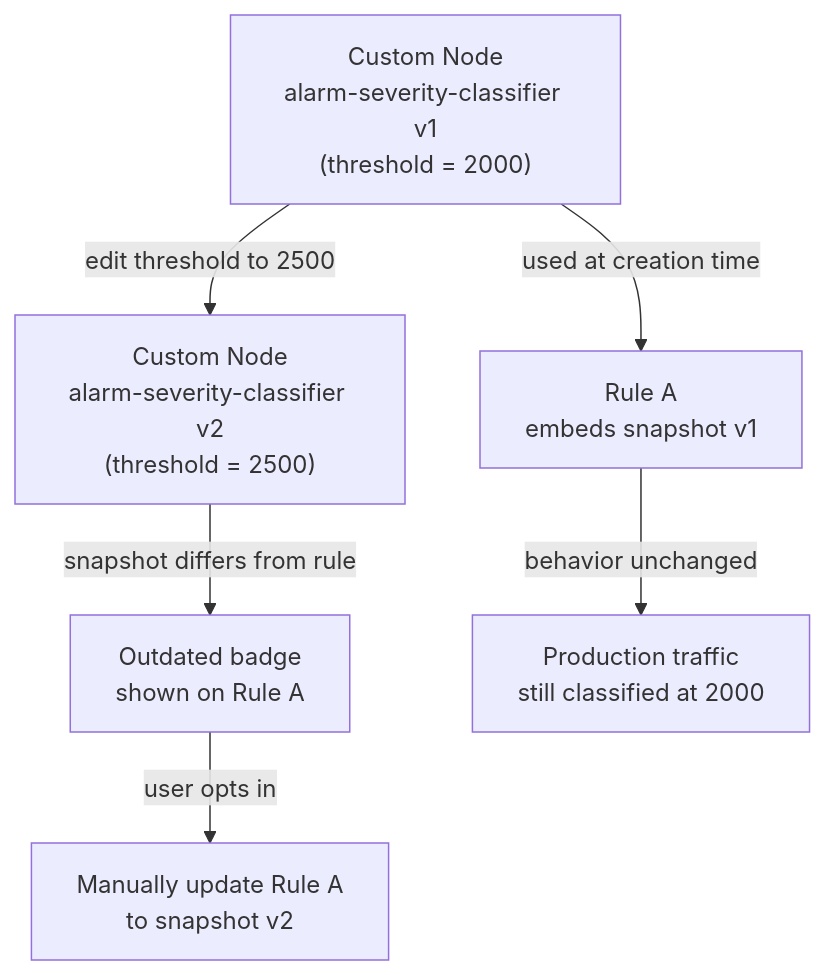
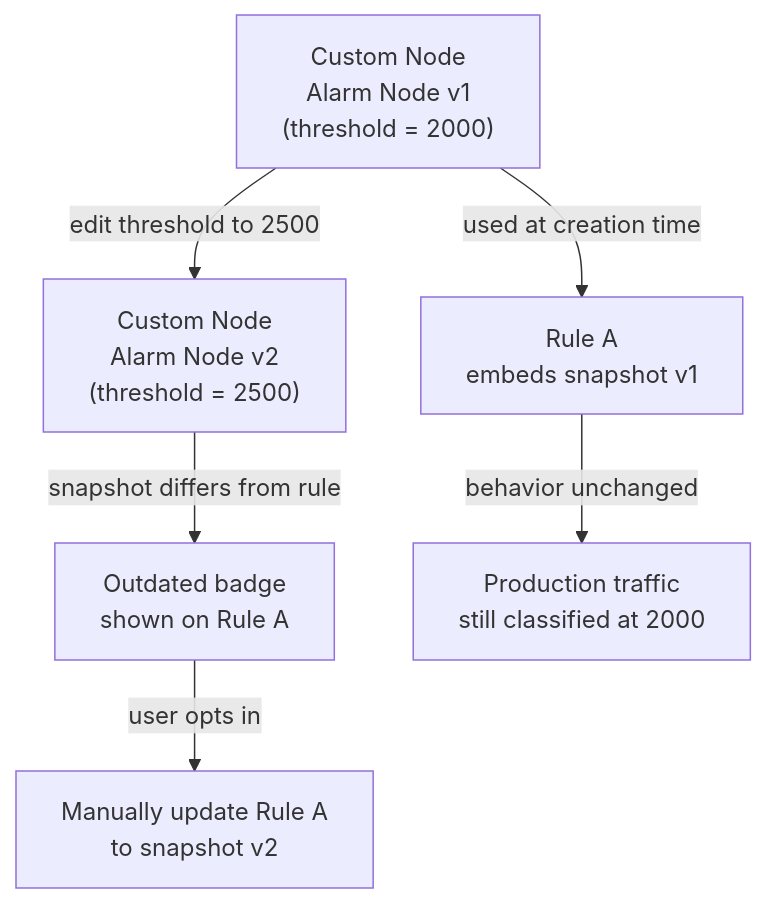
The second of 2 diagrams in src/content/blogs/how-to-reuse-rule-logic-magistrala-custom-nodes.md (absmach/website), drawn with Mermaid before and after one commit. The commit also changed other lines of this file and 1 other file, not shown here.

````diff
--- a/src/content/blogs/how-to-reuse-rule-logic-magistrala-custom-nodes.md
+++ b/src/content/blogs/how-to-reuse-rule-logic-magistrala-custom-nodes.md
@@ -139,8 +139,8 @@
 ```mermaid
 flowchart TD
-    N1["Custom Node\nalarm-severity-classifier v1\n(threshold = 2000)"] -->|used at creation time| R1["Rule A\nembeds snapshot v1"]
-    N1 -->|edit threshold to 2500| N2["Custom Node\nalarm-severity-classifier v2\n(threshold = 2500)"]
+    N1["Custom Node\nAlarm Node v1\n(threshold = 2000)"] -->|used at creation time| R1["Rule A\nembeds snapshot v1"]
+    N1 -->|edit threshold to 2500| N2["Custom Node\nAlarm Node v2\n(threshold = 2500)"]
     N2 -->|snapshot differs from rule| Badge["Outdated badge\nshown on Rule A"]
     R1 -->|behavior unchanged| Prod["Production traffic\nstill classified at 2000"]
     Badge -->|user opts in| Update["Manually update Rule A\nto snapshot v2"]
 ```
````
